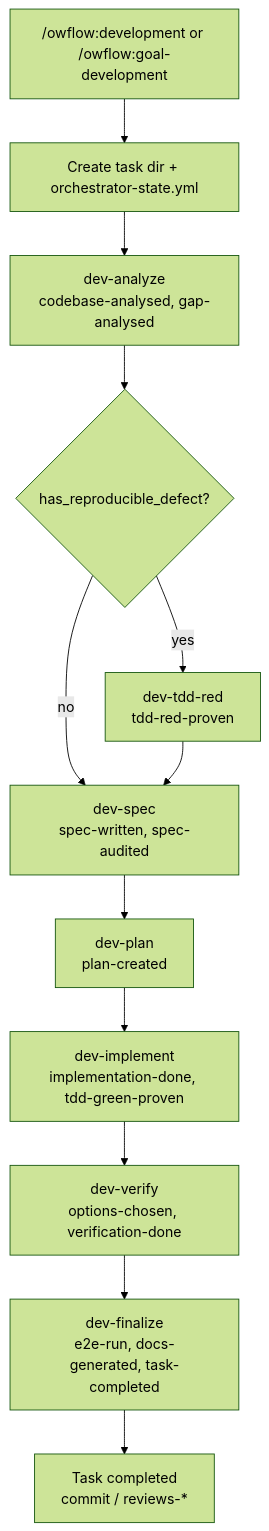
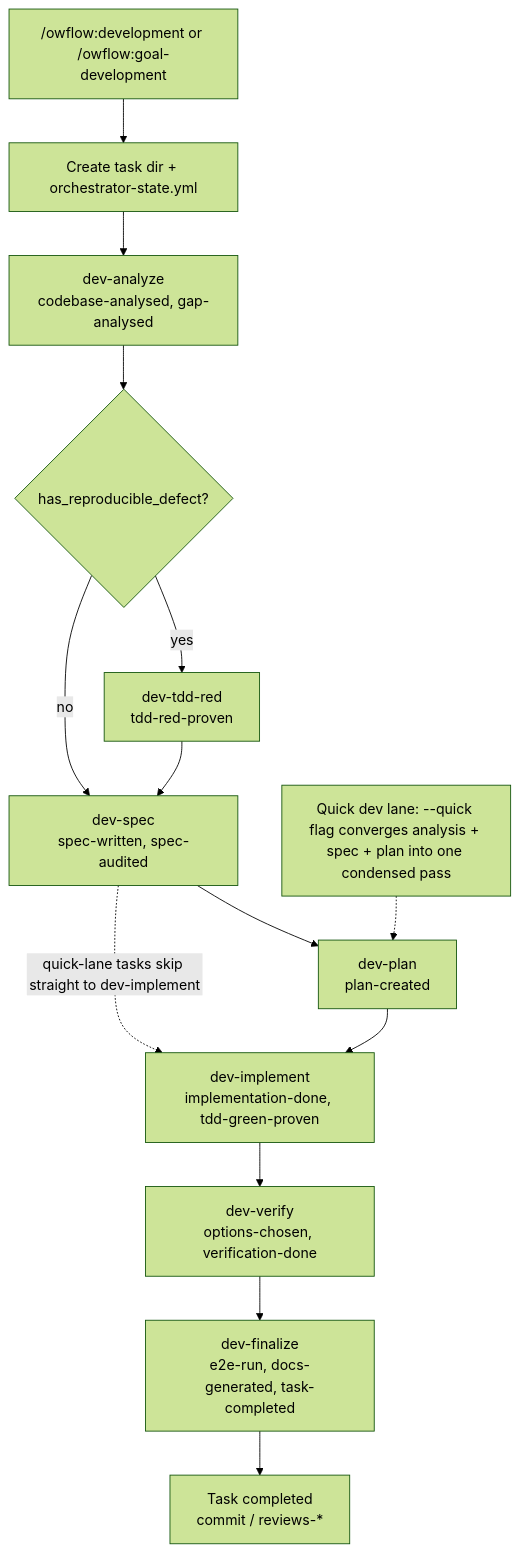
The first of 5 diagrams in docs/workflows.md (palucdev/owflow), drawn with Mermaid (forest theme) before and after one commit. The commit also changed other lines of this file and 39 other files, not shown here.

Commit message:
Review remarks - wording and diagrams

````diff
--- a/docs/workflows.md
+++ b/docs/workflows.md
@@ -42,14 +41,16 @@
 ```mermaid
 flowchart TD
     Start["/owflow:development or /owflow:goal-development"] --> Init["Create task dir + orchestrator-state.yml"]
     Init --> A["dev-analyze<br/>codebase-analysed, gap-analysed"]
     A --> Red{"has_reproducible_defect?"}
     Red -- "yes" --> R["dev-tdd-red<br/>tdd-red-proven"]
     Red -- "no" --> S
     R --> S["dev-spec<br/>spec-written, spec-audited"]
     S --> P["dev-plan<br/>plan-created"]
     P --> I["dev-implement<br/>implementation-done, tdd-green-proven"]
     I --> V["dev-verify<br/>options-chosen, verification-done"]
     V --> F["dev-finalize<br/>e2e-run, docs-generated, task-completed"]
     F --> Done["Task completed<br/>commit / reviews-*"]
+    Q["Quick dev lane: --quick flag converges analysis + spec + plan into one condensed pass"] -.-> P
+    S -. quick-lane tasks skip straight to dev-implement .-> I
 ```
````
